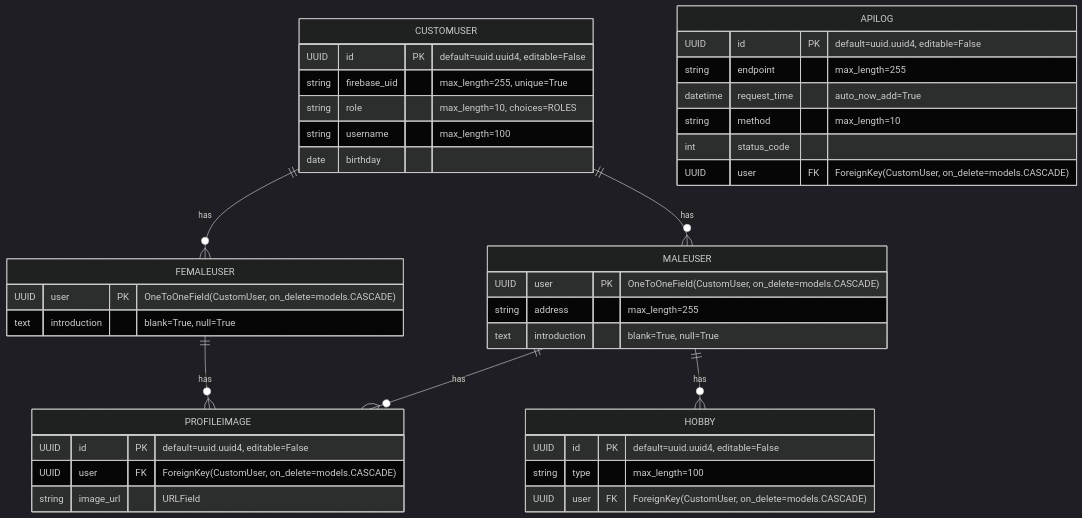
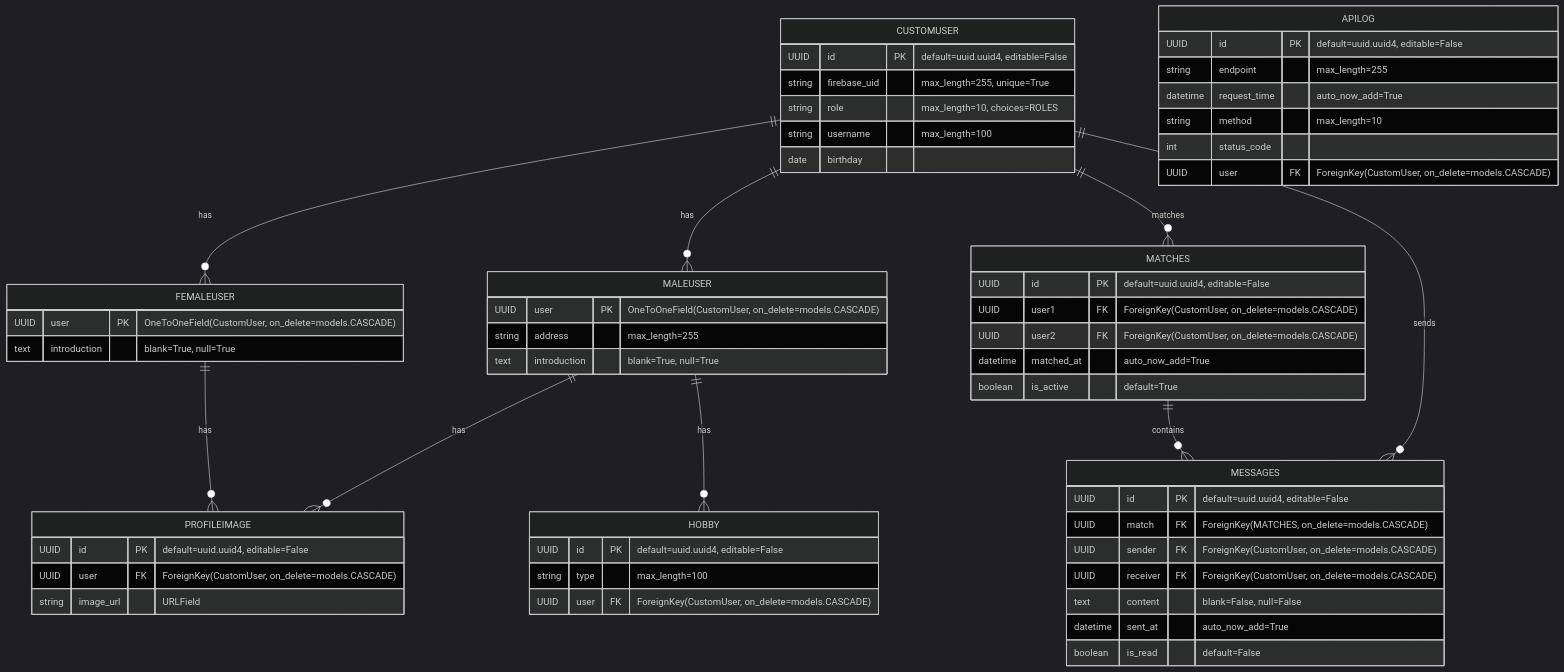
One commit to abe-masafumi/flutter-notification-playground-api changed the diagram in docs/database_design.md. Above: the diagram before and after it, drawn with Mermaid (dark theme). The commit also changed 1 other file, not shown here.

Commit message:
マッチングとメーセージのやり取りを考慮したデーブル設計

````diff
--- a/docs/database_design.md
+++ b/docs/database_design.md
@@ -4,42 +4,63 @@
 ```mermaid
 erDiagram
     CUSTOMUSER {
         UUID id PK "default=uuid.uuid4, editable=False"
         string firebase_uid "max_length=255, unique=True"
         string role "max_length=10, choices=ROLES"
         string username "max_length=100"
         date birthday
     }
     MALEUSER {
         UUID user PK "OneToOneField(CustomUser, on_delete=models.CASCADE)"
         string address "max_length=255"
         text introduction "blank=True, null=True"
     }
     FEMALEUSER {
         UUID user PK "OneToOneField(CustomUser, on_delete=models.CASCADE)"
         text introduction "blank=True, null=True"
     }
     PROFILEIMAGE {
         UUID id PK "default=uuid.uuid4, editable=False"
         UUID user FK "ForeignKey(CustomUser, on_delete=models.CASCADE)"
         string image_url "URLField"
     }
     HOBBY {
         UUID id PK "default=uuid.uuid4, editable=False"
         string type "max_length=100"
         UUID user FK "ForeignKey(CustomUser, on_delete=models.CASCADE)"
     }
     APILOG {
         UUID id PK "default=uuid.uuid4, editable=False"
         string endpoint "max_length=255"
         datetime request_time "auto_now_add=True"
         string method "max_length=10"
         int status_code
         UUID user FK "ForeignKey(CustomUser, on_delete=models.CASCADE)"
     }
-  CUSTOMUSER ||--o{ MALEUSER : "has"
-  CUSTOMUSER ||--o{ FEMALEUSER : "has"
-  MALEUSER ||--o{ PROFILEIMAGE : "has"
-  FEMALEUSER ||--o{ PROFILEIMAGE : "has"
-  MALEUSER ||--o{ HOBBY : "has"
+    MATCHES {
+        UUID id PK "default=uuid.uuid4, editable=False"
+        UUID user1 FK "ForeignKey(CustomUser, on_delete=models.CASCADE)"
+        UUID user2 FK "ForeignKey(CustomUser, on_delete=models.CASCADE)"
+        datetime matched_at "auto_now_add=True"
+        boolean is_active "default=True"
+    }
+    MESSAGES {
+        UUID id PK "default=uuid.uuid4, editable=False"
+        UUID match FK "ForeignKey(MATCHES, on_delete=models.CASCADE)"
+        UUID sender FK "ForeignKey(CustomUser, on_delete=models.CASCADE)"
+        UUID receiver FK "ForeignKey(CustomUser, on_delete=models.CASCADE)"
+        text content "blank=False, null=False"
+        datetime sent_at "auto_now_add=True"
+        boolean is_read "default=False"
+    }
+    
+    CUSTOMUSER ||--o{ MALEUSER : "has"
+    CUSTOMUSER ||--o{ FEMALEUSER : "has"
+    MALEUSER ||--o{ PROFILEIMAGE : "has"
+    FEMALEUSER ||--o{ PROFILEIMAGE : "has"
+    MALEUSER ||--o{ HOBBY : "has"
+    CUSTOMUSER ||--o{ MATCHES : "matches"
+    CUSTOMUSER ||--o{ MESSAGES : "sends"
+    MATCHES ||--o{ MESSAGES : "contains"
+
 ```
````
